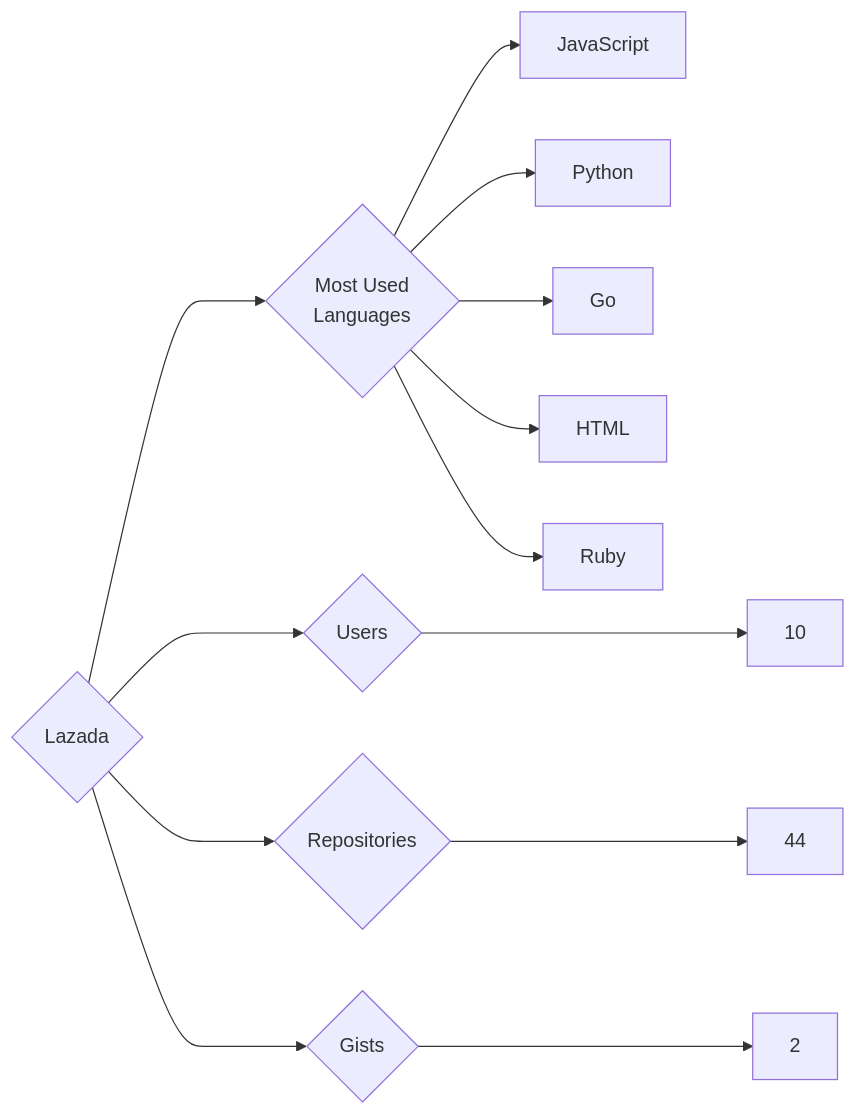
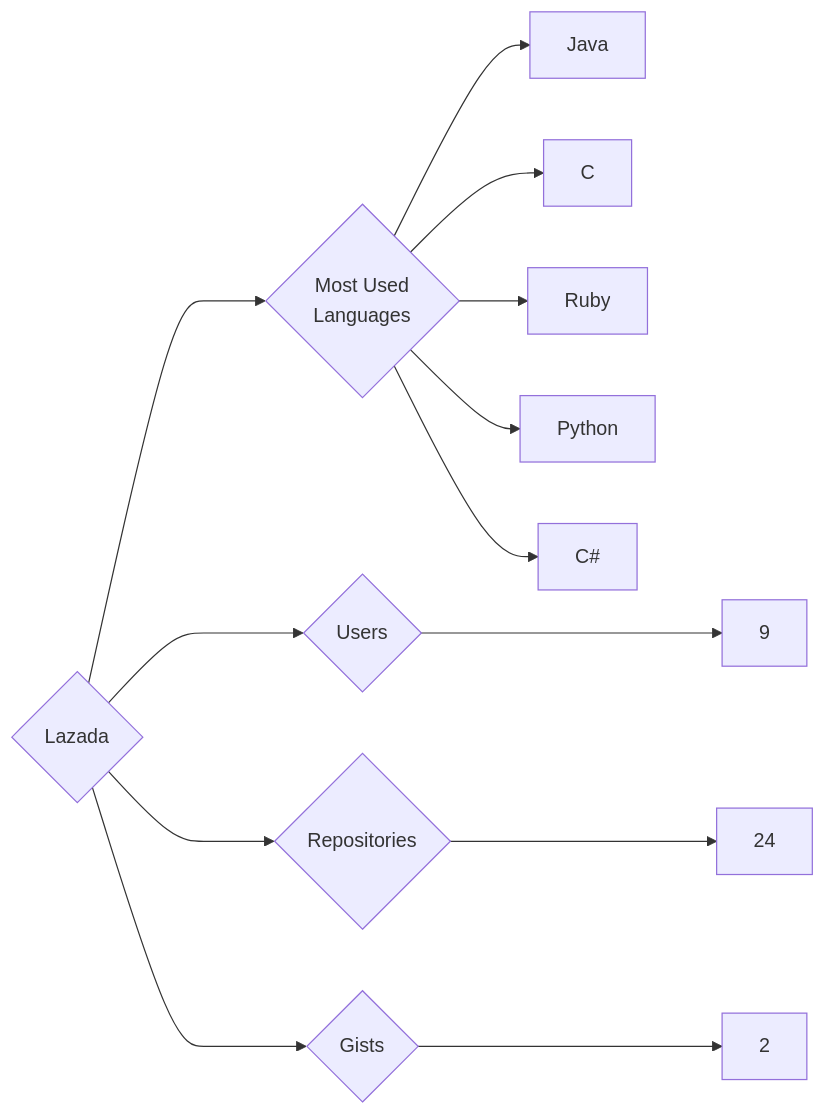
The diagram in targets/Lazada/README.md (trickest/insiders), drawn with Mermaid before and after one commit. The commit also changed 569 other files, not shown here.

````diff
--- a/targets/Lazada/README.md
+++ b/targets/Lazada/README.md
@@ -3,13 +3,13 @@
 ```mermaid
 graph LR
 COMPANY_NAME{Lazada}
-COMPANY_NAME ---> U{Users} ---> UN[10]
-COMPANY_NAME ---> R{Repositories} ---> RN[44]
+COMPANY_NAME ---> U{Users} ---> UN[9]
+COMPANY_NAME ---> R{Repositories} ---> RN[24]
 COMPANY_NAME ---> G{Gists} ---> GN[2]
 COMPANY_NAME ---> ML{Most Used<br>Languages}
-ML --> JavaScript[JavaScript]
+ML --> Java[Java]
+ML --> C[C]
+ML --> Ruby[Ruby]
 ML --> Python[Python]
-ML --> Go[Go]
-ML --> HTML[HTML]
-ML --> Ruby[Ruby]
+ML --> C#[C#]
 ```
````
